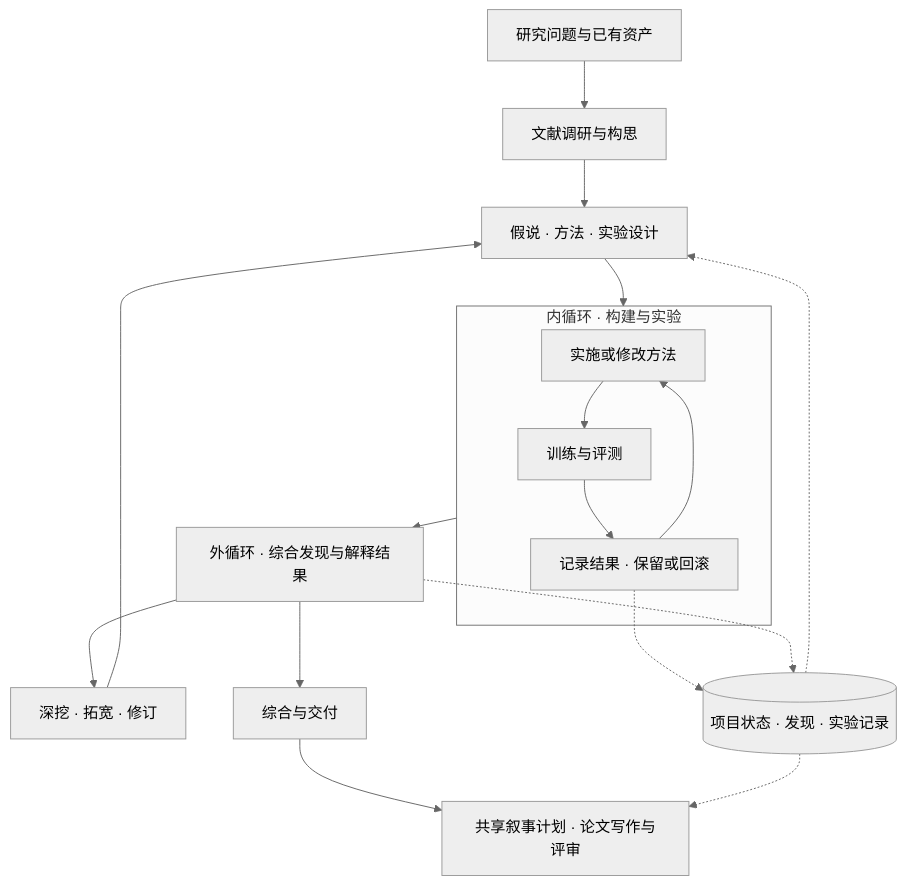
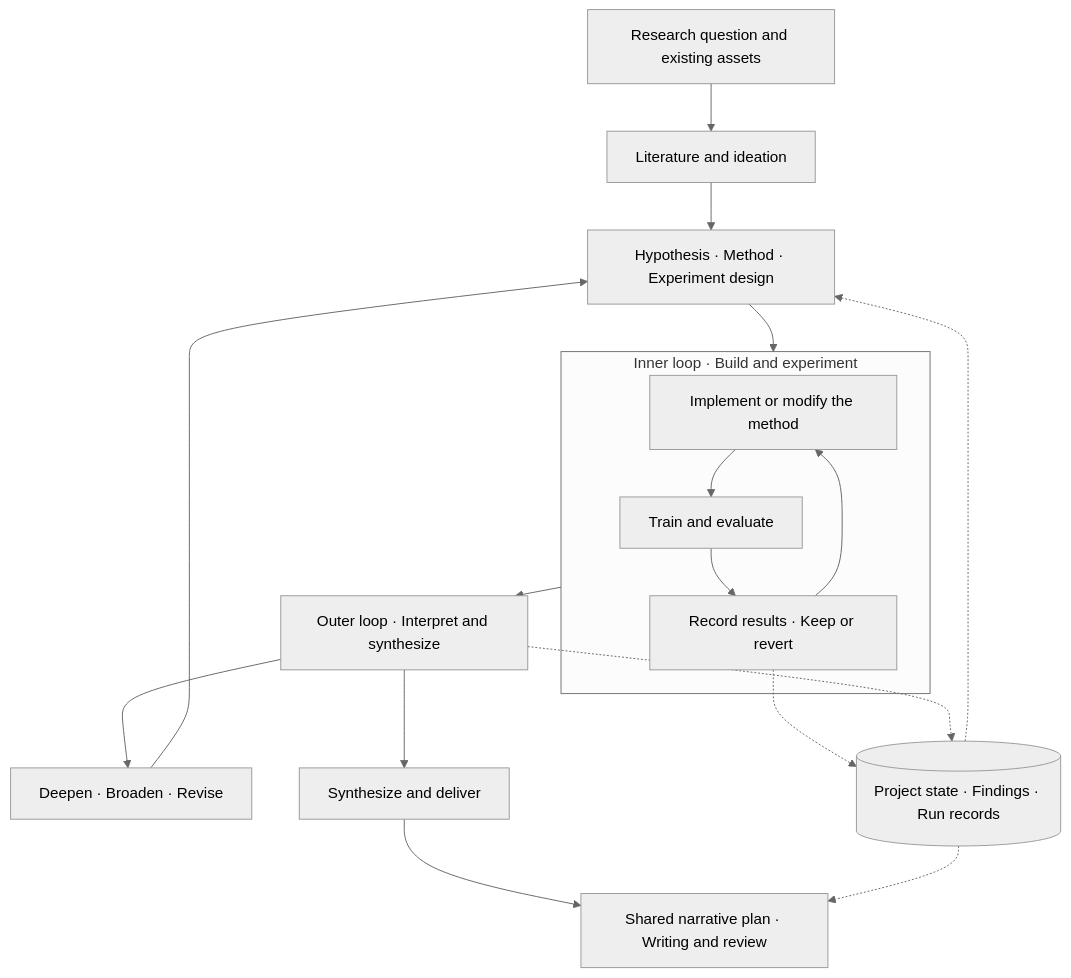
Before and after one commit to Yichen-ZJU/lemvo: the diagram in README.md, drawn with Mermaid (neutral theme). The commit also changed other lines of this file and 1 other file, not shown here.

Commit message:
Separate English and Chinese project guides

````diff
--- a/README.md
+++ b/README.md
@@ -41,20 +40,20 @@
 ```mermaid
 flowchart TD
-    Q[研究问题与已有资产] --> L[文献调研与构思]
-    L --> H[假说 · 方法 · 实验设计]
+    Q[Research question and existing assets] --> L[Literature and ideation]
+    L --> H[Hypothesis · Method · Experiment design]
     H --> I
-    subgraph I[内循环 · 构建与实验]
-        B[实施或修改方法] --> T[训练与评测]
-        T --> K[记录结果 · 保留或回滚]
+    subgraph I[Inner loop · Build and experiment]
+        B[Implement or modify the method] --> T[Train and evaluate]
+        T --> K[Record results · Keep or revert]
         K --> B
     end
-    I --> R[外循环 · 综合发现与解释结果]
-    R --> N[深挖 · 拓宽 · 修订]
+    I --> R[Outer loop · Interpret and synthesize]
+    R --> N[Deepen · Broaden · Revise]
     N --> H
-    R --> S[综合与交付]
-    S --> W[共享叙事计划 · 论文写作与评审]
-    M[(项目状态 · 发现 · 实验记录)] -.-> H
+    R --> S[Synthesize and deliver]
+    S --> W[Shared narrative plan · Writing and review]
+    M[(Project state · Findings · Run records)] -.-> H
     K -.-> M
     R -.-> M
     M -.-> W
 ```
````
